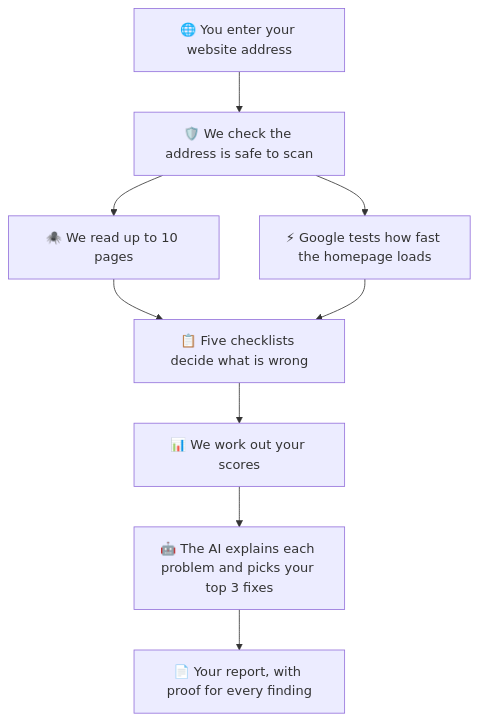
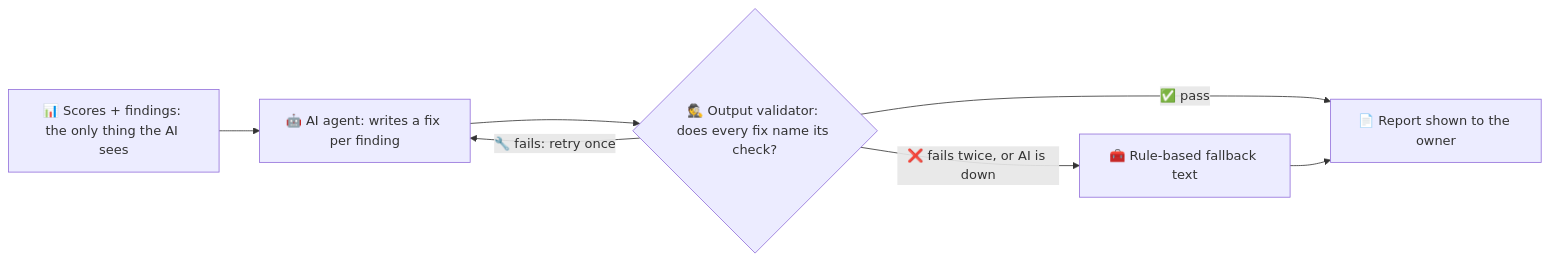
The third of 3 diagrams in README.md (Soma-Majumder/BizBoost-AI), drawn with Mermaid before and after one commit. The commit also changed other lines of this file and 2 other files, not shown here.

Commit message:
Rewrite README to follow the presentation flow, add Erick's photo and demo video

````diff
--- a/README.md
+++ b/README.md
@@ -137,11 +195,9 @@
 ```mermaid
-flowchart TD
-  U[🌐 You enter your website address] --> V[🛡️ We check the address is safe to scan]
-  V --> C[🕷️ We read up to 10 pages]
-  V --> P[⚡ Google tests how fast the homepage loads]
-  C --> A[📋 Five checklists decide what is wrong]
-  P --> A
-  A --> S[📊 We work out your scores]
-  S --> AI[🤖 The AI explains each problem and picks your top 3 fixes]
-  AI --> R[📄 Your report, with proof for every finding]
+flowchart LR
+  S[📊 Scores + findings: the only thing the AI sees] --> A[🤖 AI agent: writes a fix per finding]
+  A --> V{🕵️ Output validator: does every fix name its check?}
+  V -->|✅ pass| R[📄 Report shown to the owner]
+  V -->|🔧 fails: retry once| A
+  V -->|❌ fails twice, or AI is down| F[🧰 Rule-based fallback text]
+  F --> R
 ```
````
